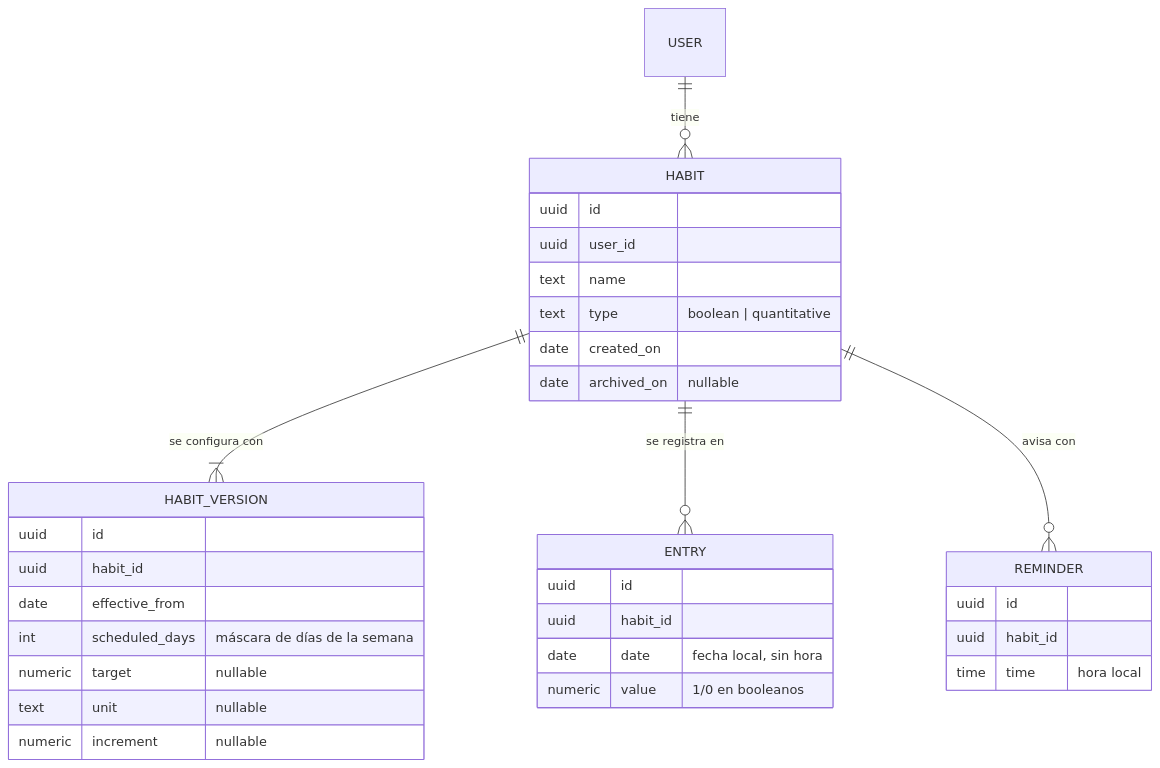
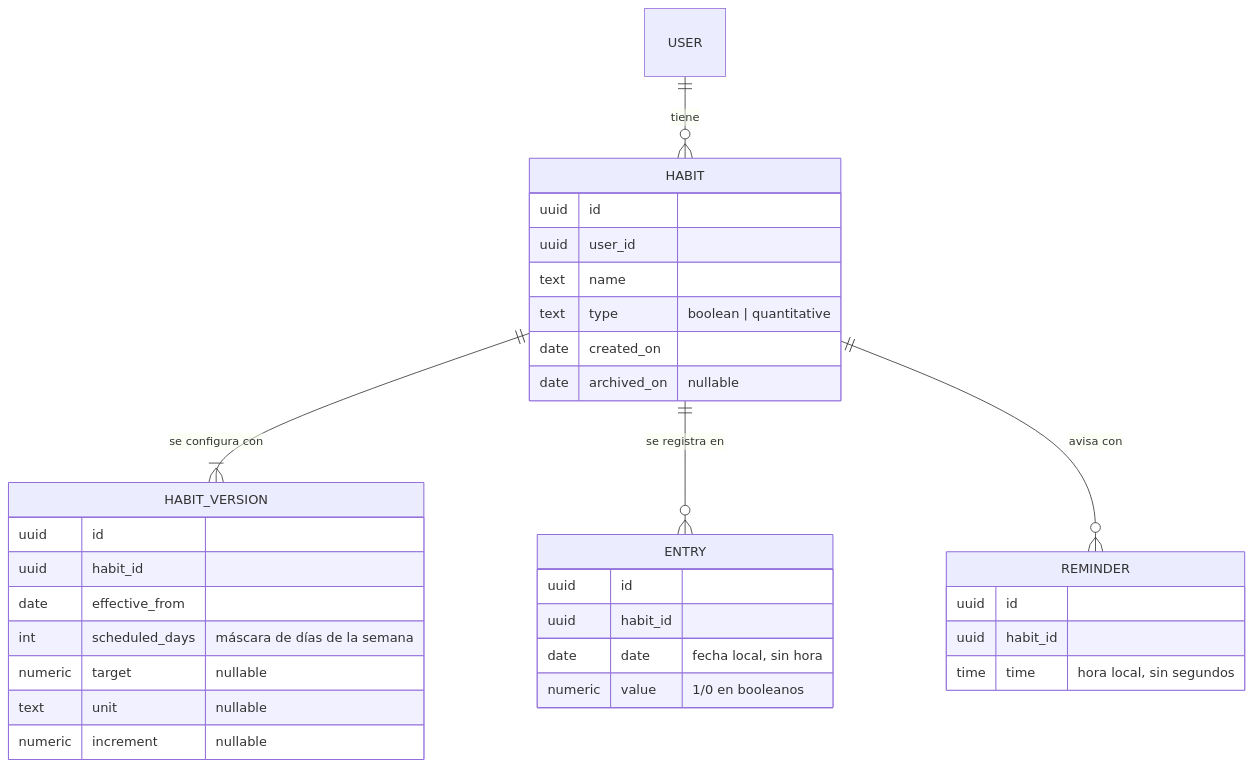
Before and after one commit to jota-marcar/habitos: the second of 2 diagrams in docs/arquitectura.md, drawn with Mermaid. The commit also changed other lines of this file and 5 other files, not shown here.

````diff
--- a/docs/arquitectura.md
+++ b/docs/arquitectura.md
@@ -98,36 +98,36 @@
 ```mermaid
 erDiagram
     USER ||--o{ HABIT : tiene
     HABIT ||--|{ HABIT_VERSION : "se configura con"
     HABIT ||--o{ ENTRY : "se registra en"
     HABIT ||--o{ REMINDER : "avisa con"
 
     HABIT {
         uuid id
         uuid user_id
         text name
         text type "boolean | quantitative"
         date created_on
         date archived_on "nullable"
     }
     HABIT_VERSION {
         uuid id
         uuid habit_id
         date effective_from
         int scheduled_days "máscara de días de la semana"
         numeric target "nullable"
         text unit "nullable"
         numeric increment "nullable"
     }
     ENTRY {
         uuid id
         uuid habit_id
         date date "fecha local, sin hora"
         numeric value "1/0 en booleanos"
     }
     REMINDER {
         uuid id
         uuid habit_id
-        time time "hora local"
+        time time "hora local, sin segundos"
     }
 ```
````
